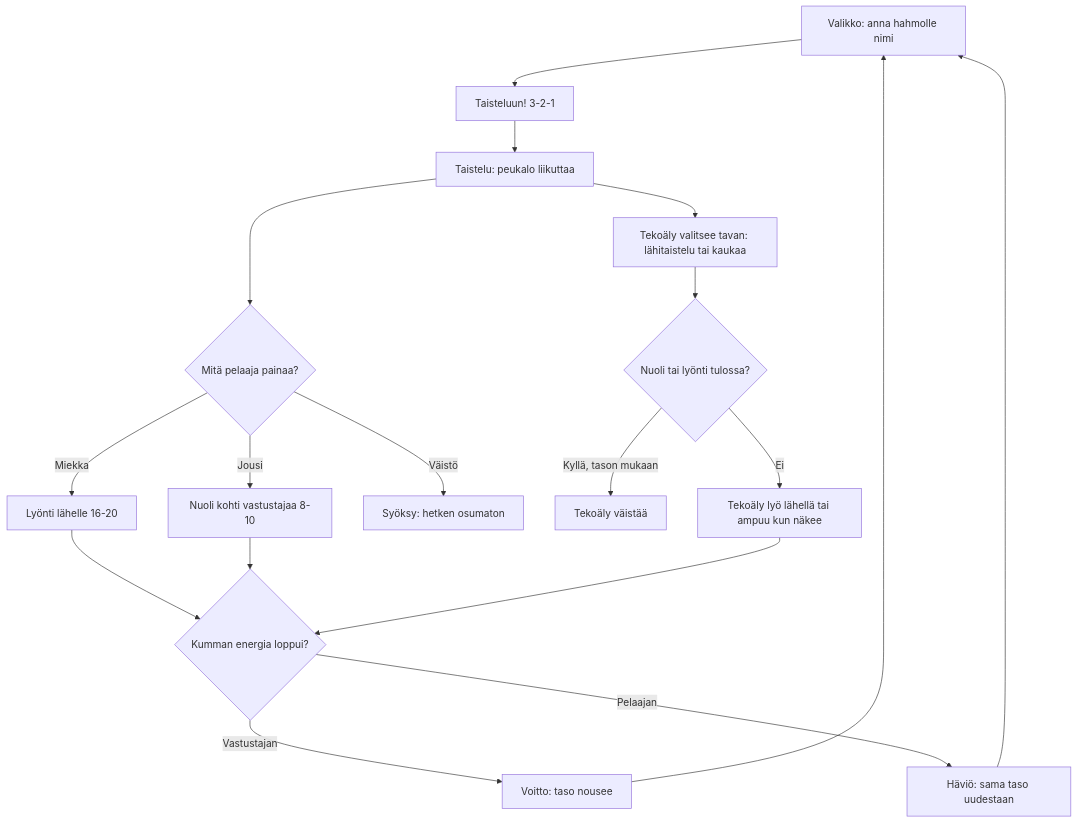
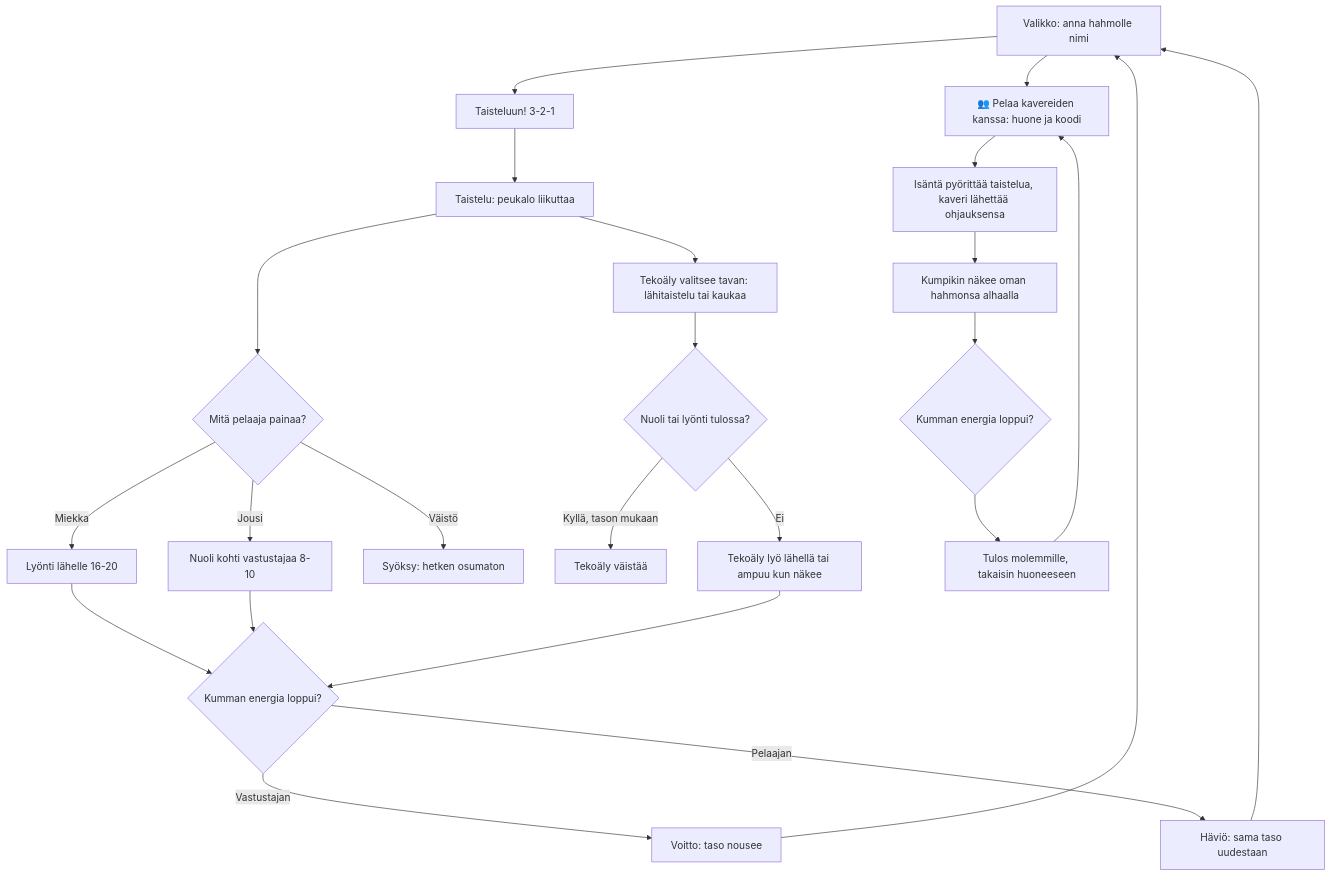
Before and after one commit to eerovil/ai-pelit: the diagram in docs/diagrams/areena.md, drawn with Mermaid. The commit also changed other lines of this file and 3 other files, not shown here.

````diff
--- a/docs/diagrams/areena.md
+++ b/docs/diagrams/areena.md
@@ -7,26 +7,34 @@
 ```mermaid
 flowchart TD
   A[Valikko: anna hahmolle nimi] --> B[Taisteluun! 3-2-1]
   B --> C[Taistelu: peukalo liikuttaa]
   C --> D{Mitä pelaaja painaa?}
   D -- Miekka --> E[Lyönti lähelle 16-20]
   D -- Jousi --> F[Nuoli kohti vastustajaa 8-10]
   D -- Väistö --> G[Syöksy: hetken osumaton]
   C --> H[Tekoäly valitsee tavan: lähitaistelu tai kaukaa]
   H --> I{Nuoli tai lyönti tulossa?}
   I -- Kyllä, tason mukaan --> J[Tekoäly väistää]
   I -- Ei --> K[Tekoäly lyö lähellä tai ampuu kun näkee]
   E --> L{Kumman energia loppui?}
   F --> L
   K --> L
   L -- Vastustajan --> M[Voitto: taso nousee]
   L -- Pelaajan --> N[Häviö: sama taso uudestaan]
   M --> A
   N --> A
+  A --> O[👥 Pelaa kavereiden kanssa: huone ja koodi]
+  O --> P[Isäntä pyörittää taistelua, kaveri lähettää ohjauksensa]
+  P --> Q[Kumpikin näkee oman hahmonsa alhaalla]
+  Q --> R{Kumman energia loppui?}
+  R --> S[Tulos molemmille, takaisin huoneeseen]
+  S --> O
   class A,B,C blue
   class D,I,L amber
   class E,F,G teal
   class H,J,K violet
   class M green
+  class O,P,Q,S teal
+  class R amber
   class N rose
 ```
````
